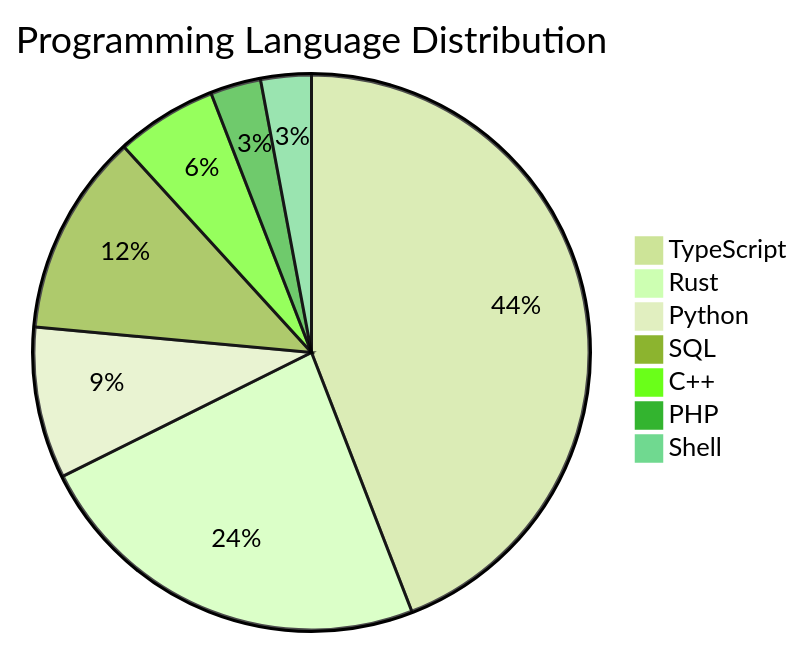
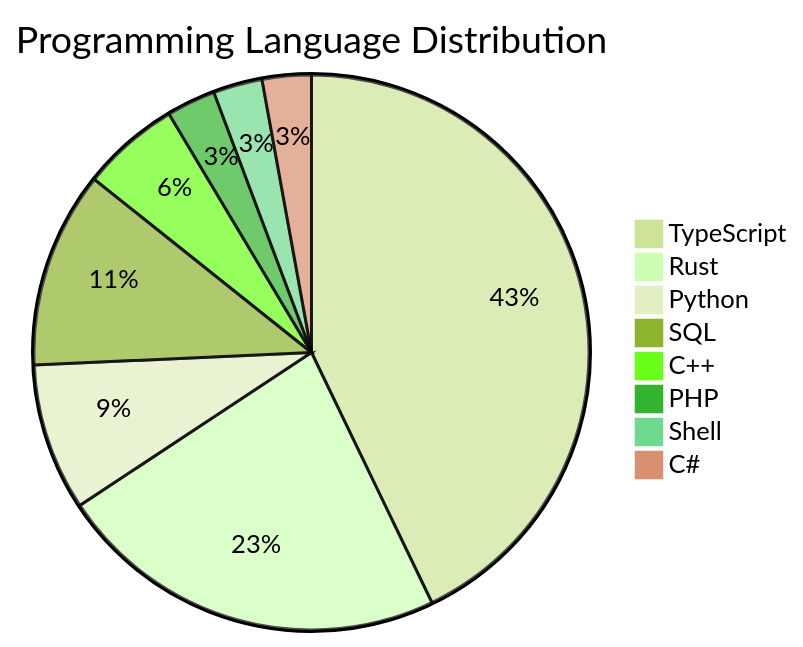
The second of 2 diagrams in JOURNAL.md (ernivani/leetcode-solutions), drawn with Mermaid (forest theme) before and after one commit. The commit also changed other lines of this file and 2 other files, not shown here.

````diff
--- a/JOURNAL.md
+++ b/JOURNAL.md
@@ -53,10 +54,11 @@
 ```mermaid
 pie title Programming Language Distribution
     "TypeScript" : 15
     "Rust" : 8
     "Python" : 3
     "SQL" : 4
     "C++" : 2
     "PHP" : 1
     "Shell" : 1
+    "C#" : 1
 ```
````
